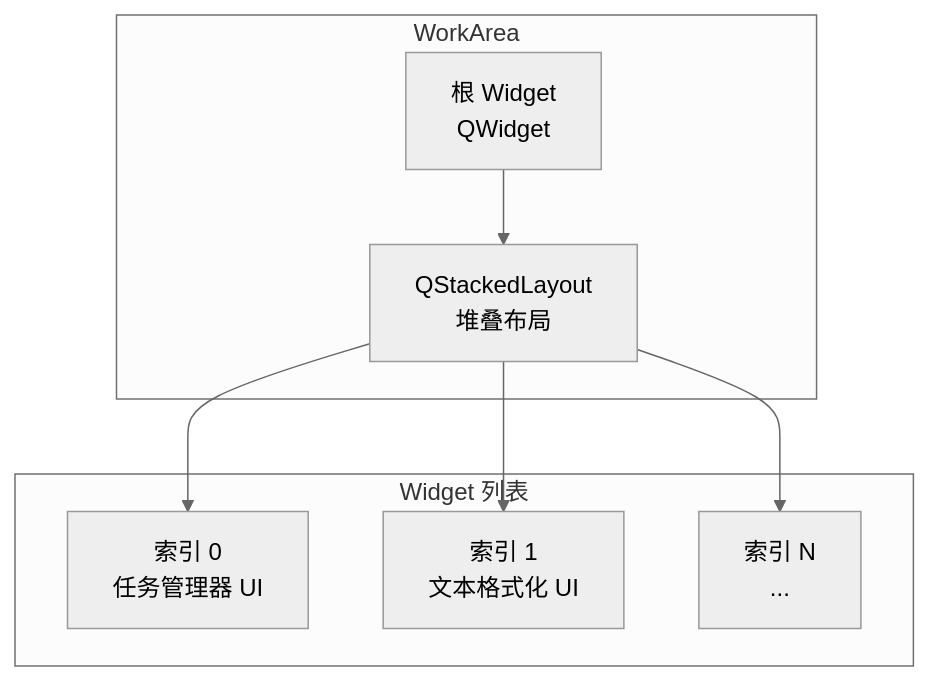
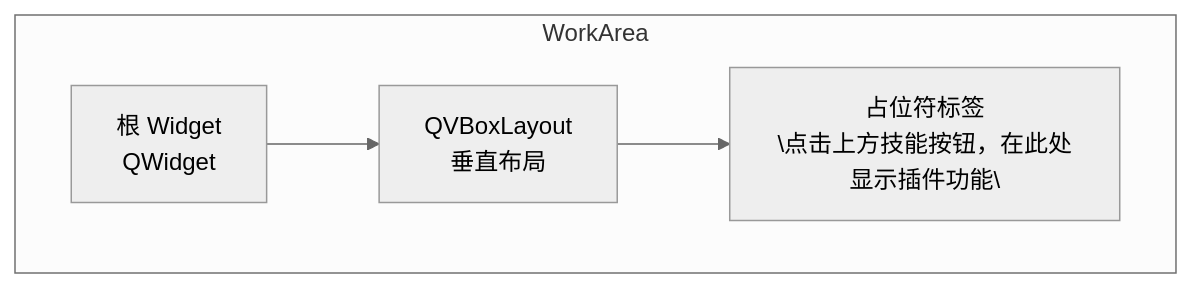
One commit to KKPIP-Tech/InstructionX changed the first of 2 diagrams in docs/ui/work-area.md. Above: the diagram before and after it, drawn with Mermaid (neutral theme). The commit also changed other lines of this file and 8 other files, not shown here.

````diff
--- a/docs/ui/work-area.md
+++ b/docs/ui/work-area.md
@@ -17,18 +17,11 @@
 ```mermaid
 graph TB
     subgraph WorkArea["WorkArea"]
         Root[根 Widget<br/>QWidget]
-        SL[QStackedLayout<br/>堆叠布局]
+        VL[QVBoxLayout<br/>垂直布局]
+        Placeholder["占位符标签<br/>\"点击上方技能按钮，在此处显示插件功能\""]
     end
 
-    subgraph Widgets["Widget 列表"]
-        W1["索引 0<br/>任务管理器 UI"]
-        W2["索引 1<br/>文本格式化 UI"]
-        W3["索引 N<br/>..."]
-    end
-
-    Root --> SL
-    SL --> W1
-    SL --> W2
-    SL --> W3
+    Root --> VL
+    VL --> Placeholder
 ```
````
